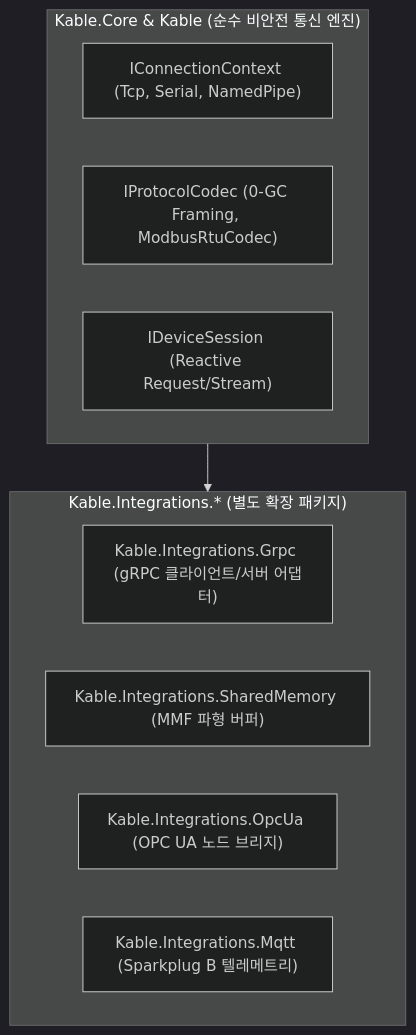
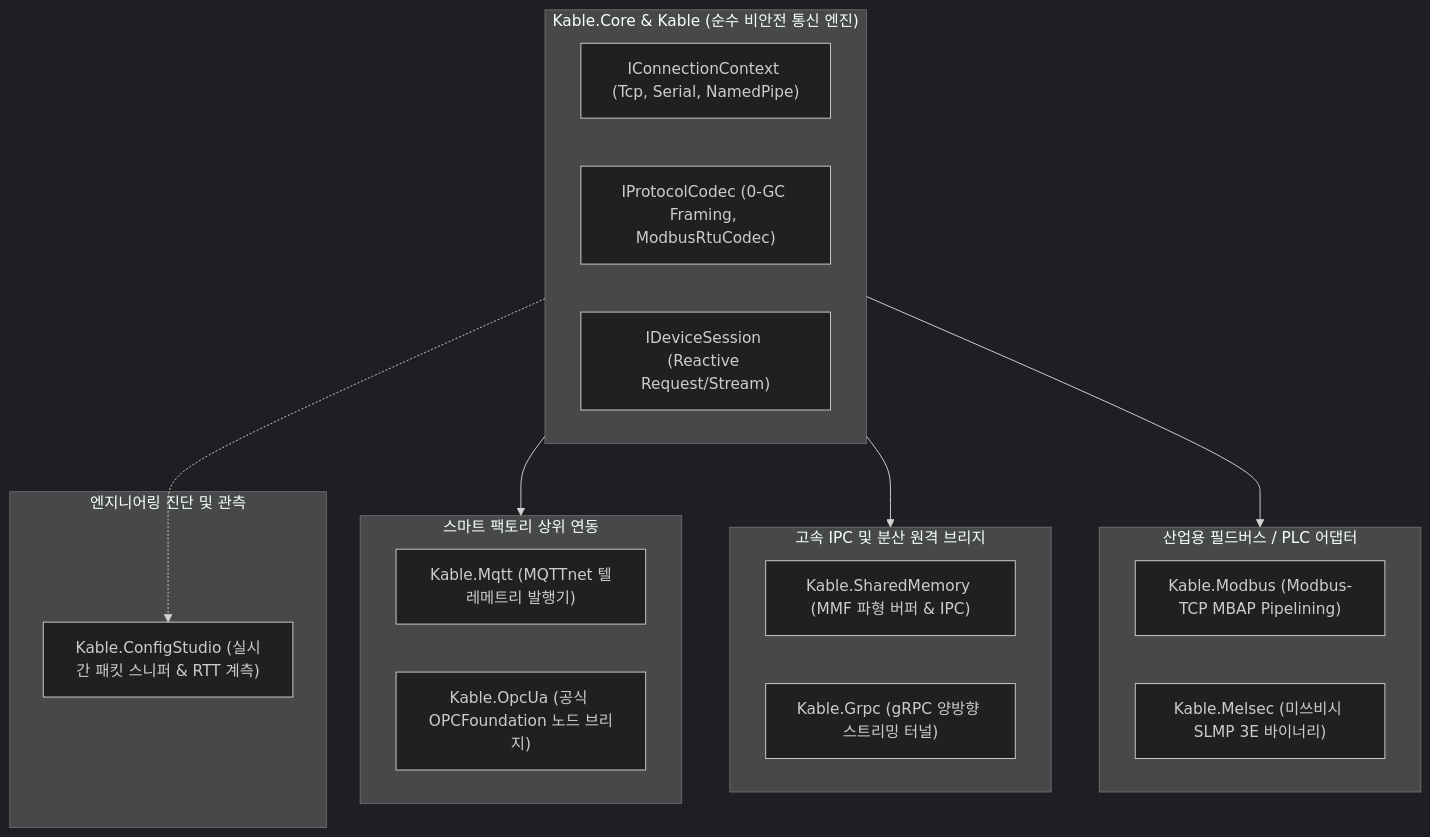
Before and after one commit to Johnny-HW/Kable: the third of 3 diagrams in docs/06_INDUSTRIAL_HIGH_RELIABILITY_COMM_ROADMAP.md, drawn with Mermaid (dark theme). The commit also changed other lines of this file, not shown here.

Commit message:
docs: sync architecture roadmap mermaid diagram and modernization spec to v1.3.0

````diff
--- a/docs/06_INDUSTRIAL_HIGH_RELIABILITY_COMM_ROADMAP.md
+++ b/docs/06_INDUSTRIAL_HIGH_RELIABILITY_COMM_ROADMAP.md
@@ -141,17 +141,32 @@
 ```mermaid
 graph TD
     subgraph CoreEngine ["Kable.Core & Kable (순수 비안전 통신 엔진)"]
         Transport["IConnectionContext (Tcp, Serial, NamedPipe)"]
         Codec["IProtocolCodec (0-GC Framing, ModbusRtuCodec)"]
         Session["IDeviceSession (Reactive Request/Stream)"]
     end
 
-    subgraph Integrations ["Kable.Integrations.* (별도 확장 패키지)"]
-        P2_Grpc["Kable.Integrations.Grpc (gRPC 클라이언트/서버 어댑터)"]
-        P2_Mmf["Kable.Integrations.SharedMemory (MMF 파형 버퍼)"]
-        P3_Opc["Kable.Integrations.OpcUa (OPC UA 노드 브리지)"]
-        P3_Mqtt["Kable.Integrations.Mqtt (Sparkplug B 텔레메트리)"]
+    subgraph Fieldbus ["산업용 필드버스 / PLC 어댑터"]
+        P2_Modbus["Kable.Modbus (Modbus-TCP MBAP Pipelining)"]
+        P3_Melsec["Kable.Melsec (미쓰비시 SLMP 3E 바이너리)"]
     end
 
-    CoreEngine --> Integrations
+    subgraph IPC_Remote ["고속 IPC 및 분산 원격 브리지"]
+        P2_Mmf["Kable.SharedMemory (MMF 파형 버퍼 & IPC)"]
+        P2_Grpc["Kable.Grpc (gRPC 양방향 스트리밍 터널)"]
+    end
+
+    subgraph SmartFactory ["스마트 팩토리 상위 연동"]
+        P3_Mqtt["Kable.Mqtt (MQTTnet 텔레메트리 발행기)"]
+        P3_Opc["Kable.OpcUa (공식 OPCFoundation 노드 브리지)"]
+    end
+
+    subgraph Tooling ["엔지니어링 진단 및 관측"]
+        Studio["Kable.ConfigStudio (실시간 패킷 스니퍼 & RTT 계측)"]
+    end
+
+    CoreEngine --> Fieldbus
+    CoreEngine --> IPC_Remote
+    CoreEngine --> SmartFactory
+    CoreEngine -.-> Studio
 ```
````
